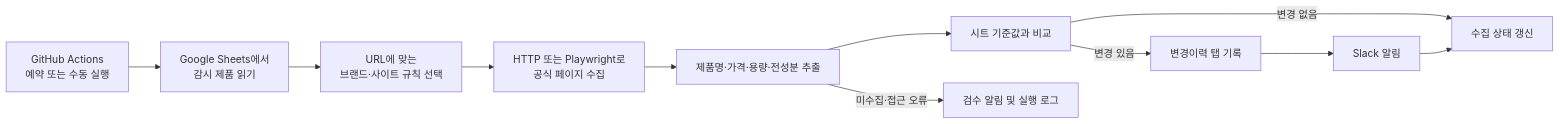
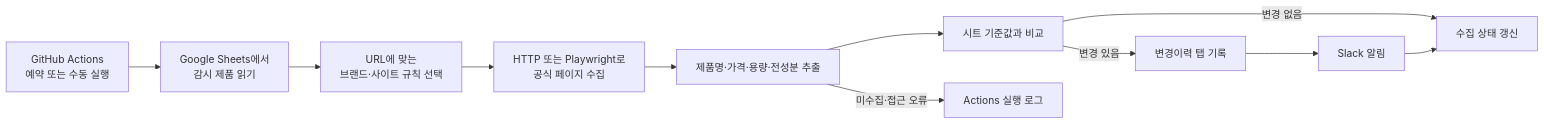
The diagram in docs/automation-pipeline.md (songtak/vion-monitor), drawn with Mermaid before and after one commit. The commit also changed other lines of this file and 3 other files, not shown here.

````diff
--- a/docs/automation-pipeline.md
+++ b/docs/automation-pipeline.md
@@ -20,13 +20,13 @@
 ```mermaid
 flowchart LR
     A[GitHub Actions<br/>예약 또는 수동 실행] --> B[Google Sheets에서<br/>감시 제품 읽기]
     B --> C[URL에 맞는<br/>브랜드·사이트 규칙 선택]
     C --> D[HTTP 또는 Playwright로<br/>공식 페이지 수집]
     D --> E[제품명·가격·용량·전성분 추출]
     E --> F[시트 기준값과 비교]
     F -->|변경 없음| G[수집 상태 갱신]
     F -->|변경 있음| H[변경이력 탭 기록]
     H --> I[Slack 알림]
     I --> G
-    E -->|미수집·접근 오류| J[검수 알림 및 실행 로그]
+    E -->|미수집·접근 오류| J[Actions 실행 로그]
 ```
````
